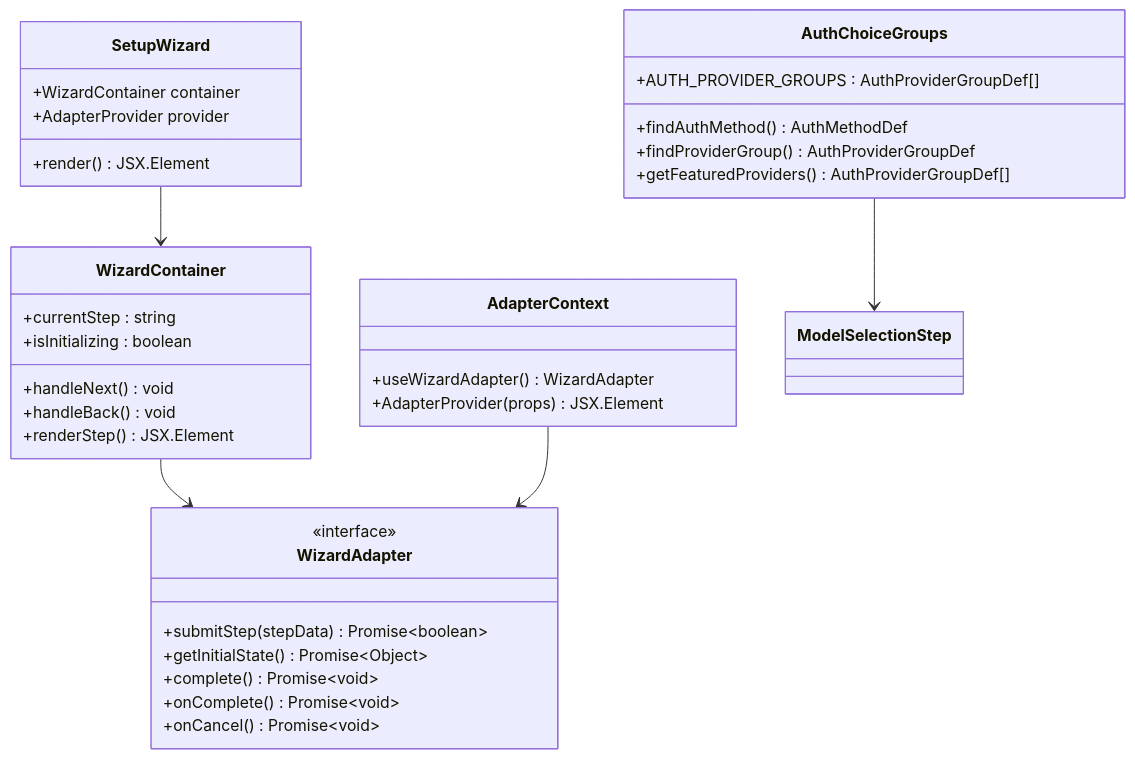
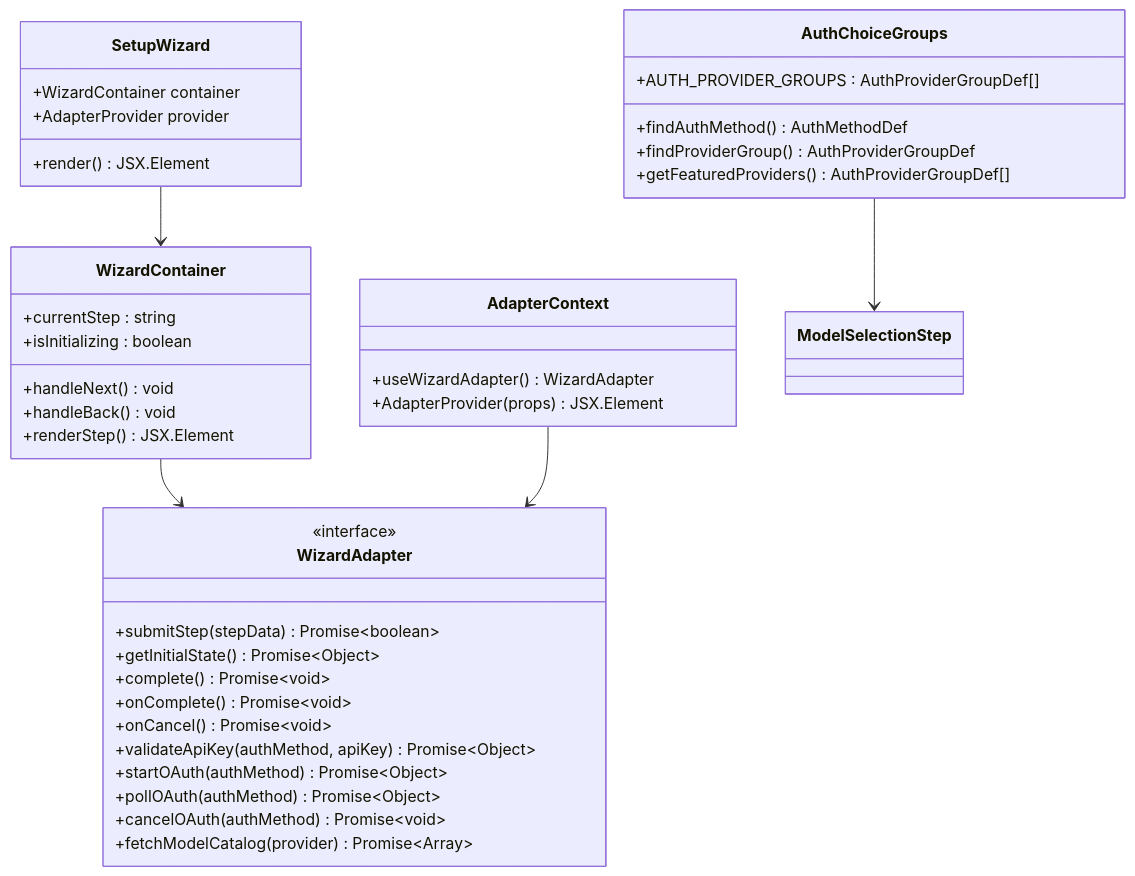
Before and after one commit to verse-ai-org/openclaw: the second of 10 diagrams in .qoder/repowiki/zh/content/开发者指南/设置向导系统.md, drawn with Mermaid. The commit also changed other lines of this file and 32 other files, not shown here.

````diff
--- a/.qoder/repowiki/zh/content/开发者指南/设置向导系统.md
+++ b/.qoder/repowiki/zh/content/开发者指南/设置向导系统.md
@@ -104,37 +111,42 @@
 ```mermaid
 classDiagram
 class SetupWizard {
 +WizardContainer container
 +AdapterProvider provider
 +render() JSX.Element
 }
 class WizardContainer {
 +currentStep : string
 +isInitializing : boolean
 +handleNext() void
 +handleBack() void
 +renderStep() JSX.Element
 }
 class WizardAdapter {
 <<interface>>
 +submitStep(stepData) Promise~boolean~
 +getInitialState() Promise~Object~
 +complete() Promise~void~
 +onComplete() Promise~void~
 +onCancel() Promise~void~
++validateApiKey(authMethod, apiKey) Promise~Object~
++startOAuth(authMethod) Promise~Object~
++pollOAuth(authMethod) Promise~Object~
++cancelOAuth(authMethod) Promise~void~
++fetchModelCatalog(provider) Promise~Array~
 }
 class AdapterContext {
 +useWizardAdapter() WizardAdapter
 +AdapterProvider(props) JSX.Element
 }
 class AuthChoiceGroups {
 +AUTH_PROVIDER_GROUPS : AuthProviderGroupDef[]
 +findAuthMethod() AuthMethodDef
 +findProviderGroup() AuthProviderGroupDef
 +getFeaturedProviders() AuthProviderGroupDef[]
 }
 SetupWizard --> WizardContainer
 WizardContainer --> WizardAdapter
 AdapterContext --> WizardAdapter
 AuthChoiceGroups --> ModelSelectionStep
 ```
````
